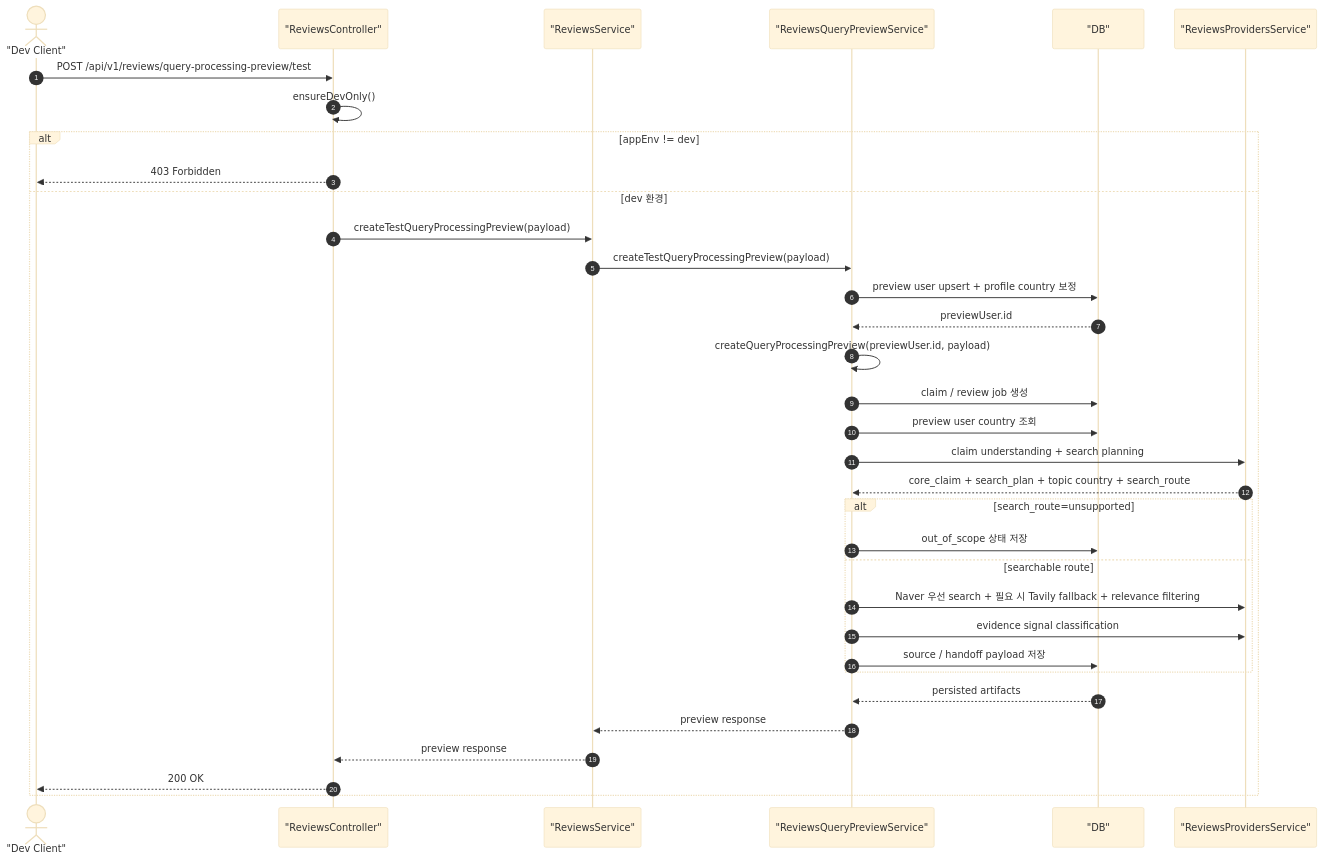
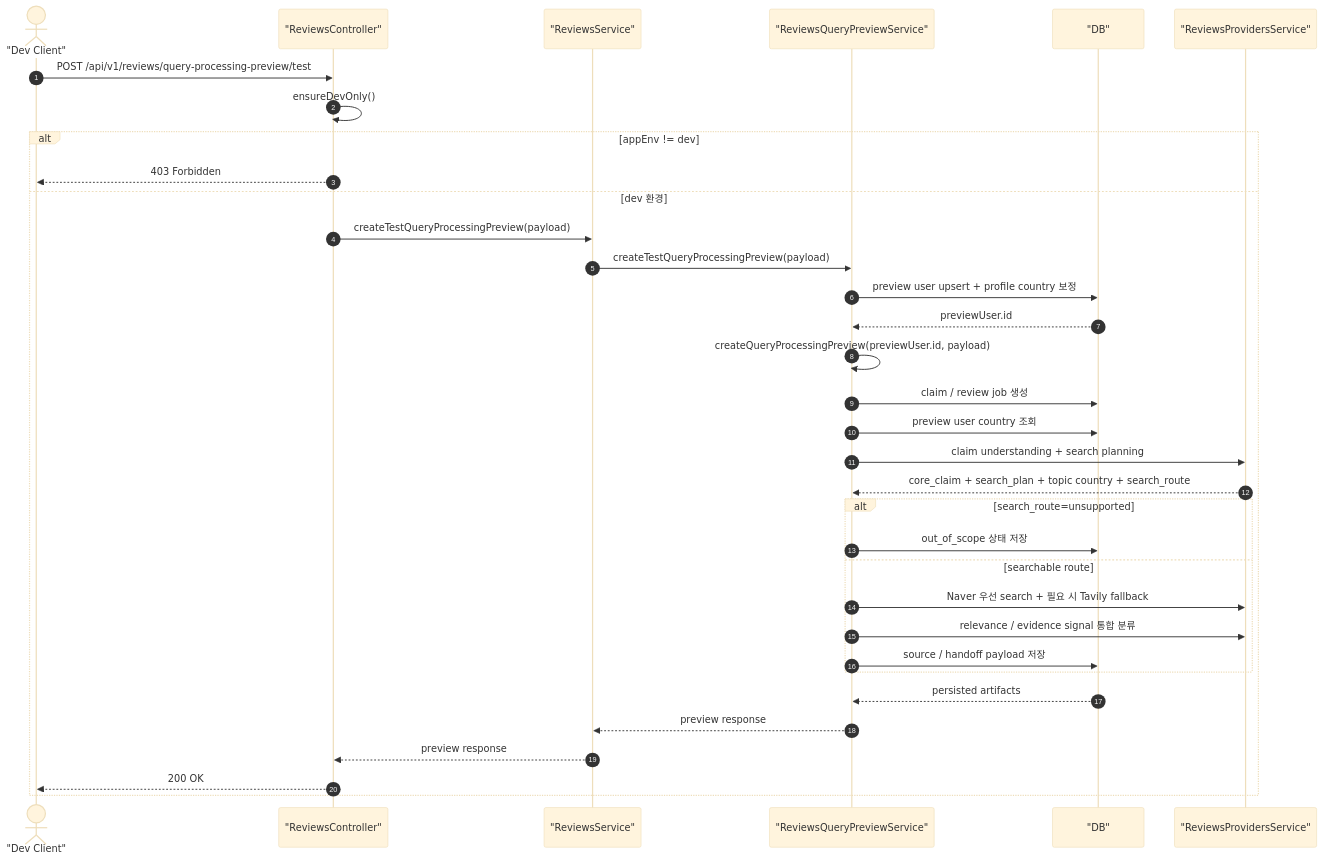
One commit to dyjeong576/varo changed the second of 2 diagrams in docs/review-query-processing.md. Above: the diagram before and after it, drawn with Mermaid (base theme). The commit also changed other lines of this file and 18 other files, not shown here.

First line of the commit message:
Refactor ReviewsQueryPreviewService and ReviewsProvidersService for improved relevance and evidence signal classification

````diff
--- a/docs/review-query-processing.md
+++ b/docs/review-query-processing.md
@@ -221,38 +219,38 @@
 ```mermaid
 sequenceDiagram
     autonumber
     actor DevClient as "Dev Client"
     participant Controller as "ReviewsController"
     participant ReviewsService as "ReviewsService"
     participant QueryPreviewService as "ReviewsQueryPreviewService"
     participant DB as "DB"
     participant Providers as "ReviewsProvidersService"
 
     DevClient->>Controller: POST /api/v1/reviews/query-processing-preview/test
     Controller->>Controller: ensureDevOnly()
 
     alt appEnv != dev
         Controller-->>DevClient: 403 Forbidden
     else dev 환경
         Controller->>ReviewsService: createTestQueryProcessingPreview(payload)
         ReviewsService->>QueryPreviewService: createTestQueryProcessingPreview(payload)
         QueryPreviewService->>DB: preview user upsert + profile country 보정
         DB-->>QueryPreviewService: previewUser.id
         QueryPreviewService->>QueryPreviewService: createQueryProcessingPreview(previewUser.id, payload)
         QueryPreviewService->>DB: claim / review job 생성
         QueryPreviewService->>DB: preview user country 조회
         QueryPreviewService->>Providers: claim understanding + search planning
         Providers-->>QueryPreviewService: core_claim + search_plan + topic country + search_route
         alt search_route=unsupported
             QueryPreviewService->>DB: out_of_scope 상태 저장
         else searchable route
-            QueryPreviewService->>Providers: Naver 우선 search + 필요 시 Tavily fallback + relevance filtering
-            QueryPreviewService->>Providers: evidence signal classification
+            QueryPreviewService->>Providers: Naver 우선 search + 필요 시 Tavily fallback
+            QueryPreviewService->>Providers: relevance / evidence signal 통합 분류
             QueryPreviewService->>DB: source / handoff payload 저장
         end
         DB-->>QueryPreviewService: persisted artifacts
         QueryPreviewService-->>ReviewsService: preview response
         ReviewsService-->>Controller: preview response
         Controller-->>DevClient: 200 OK
     end
 ```
````
